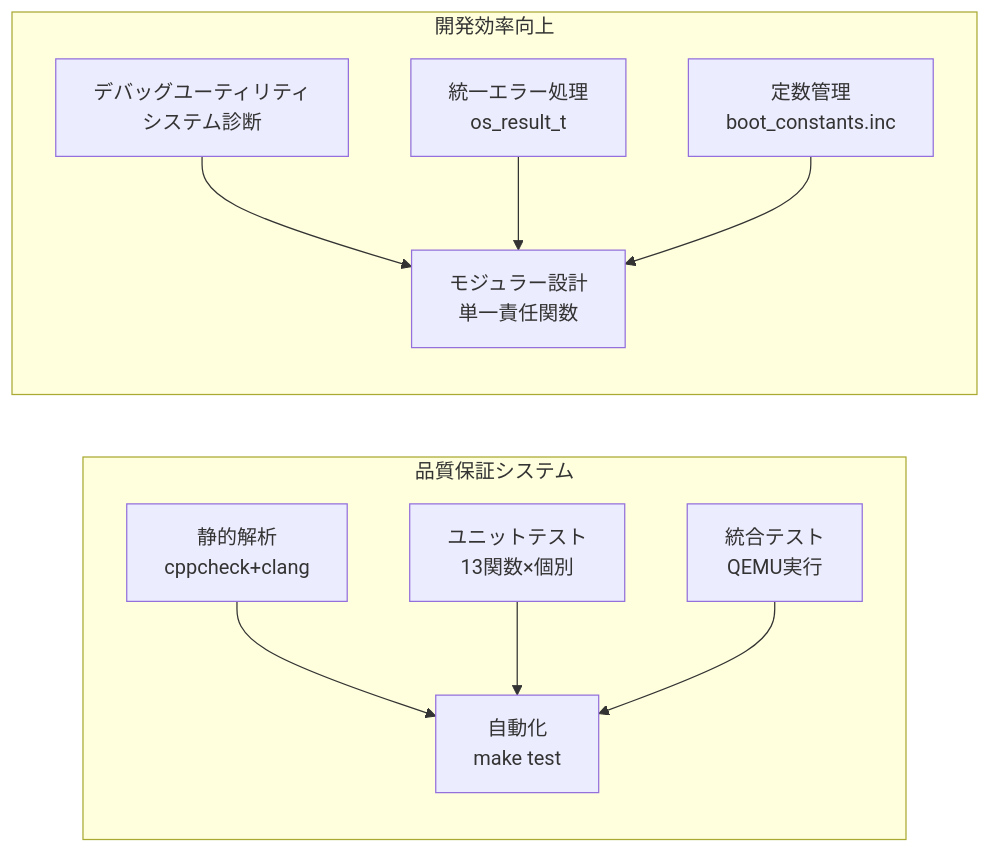
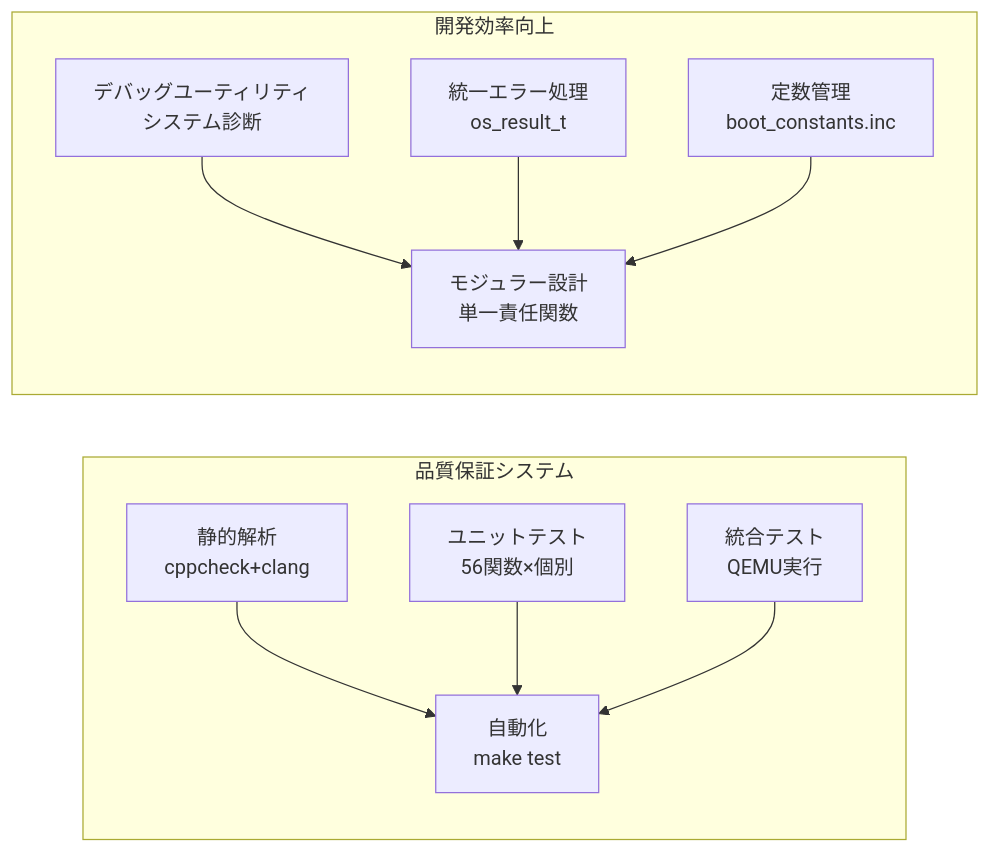
One commit to sokoide/mini-os changed diagram 27 of 29 in docs/ARCHITECTURE_ja.md. Above: the diagram before and after it, drawn with Mermaid. The commit also changed other lines of this file, not shown here.

First line of the commit message:
doc: update function count from 13/40+ to 56 throughout ARCHITECTURE_ja.md

````diff
--- a/docs/ARCHITECTURE_ja.md
+++ b/docs/ARCHITECTURE_ja.md
@@ -1011,23 +1021,23 @@
 ```mermaid
 graph LR
     subgraph "品質保証システム"
         STATIC[静的解析<br/>cppcheck+clang]
-        UNIT[ユニットテスト<br/>13関数×個別]
+        UNIT[ユニットテスト<br/>56関数×個別]
         INTEGRATION[統合テスト<br/>QEMU実行]
         AUTOMATION[自動化<br/>make test]
     end
 
     subgraph "開発効率向上"
         DEBUG[デバッグユーティリティ<br/>システム診断]
         ERROR[統一エラー処理<br/>os_result_t]
         CONSTANTS[定数管理<br/>boot_constants.inc]
         MODULAR[モジュラー設計<br/>単一責任関数]
     end
 
     STATIC --> AUTOMATION
     UNIT --> AUTOMATION
     INTEGRATION --> AUTOMATION
     DEBUG --> MODULAR
     ERROR --> MODULAR
     CONSTANTS --> MODULAR
 ```
````
